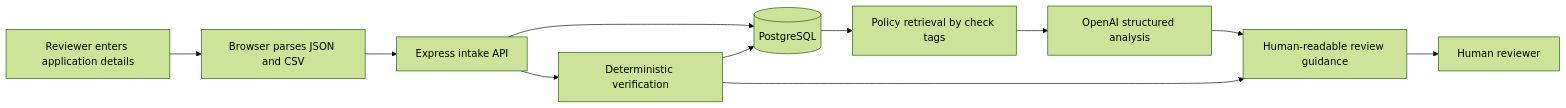
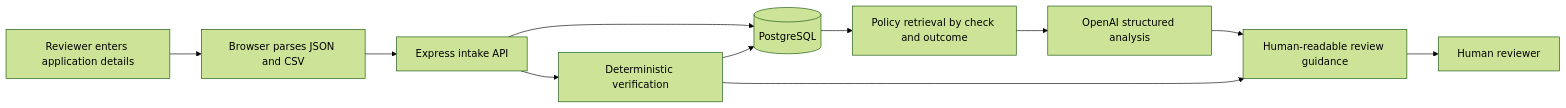
One commit to Simon-Xu3/Stratton-Oakmont-LoanAdvisor changed the first of 2 diagrams in README.md. Above: the diagram before and after it, drawn with Mermaid (forest theme). The commit also changed other lines of this file and 25 other files, not shown here.

````diff
--- a/README.md
+++ b/README.md
@@ -97,13 +97,13 @@
 ```mermaid
 flowchart LR
     A[Reviewer enters application details] --> B[Browser parses JSON and CSV]
     B --> C[Express intake API]
     C --> D[(PostgreSQL)]
     C --> E[Deterministic verification]
     E --> D
-    D --> F[Policy retrieval by check tags]
+    D --> F[Policy retrieval by check and outcome]
     F --> G[OpenAI structured analysis]
     G --> H[Human-readable review guidance]
     E --> H
     H --> I[Human reviewer]
 ```
````
